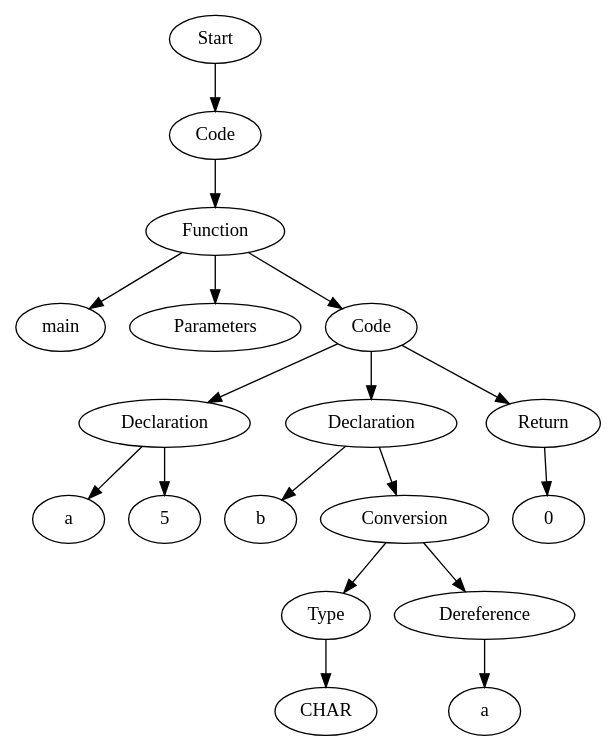
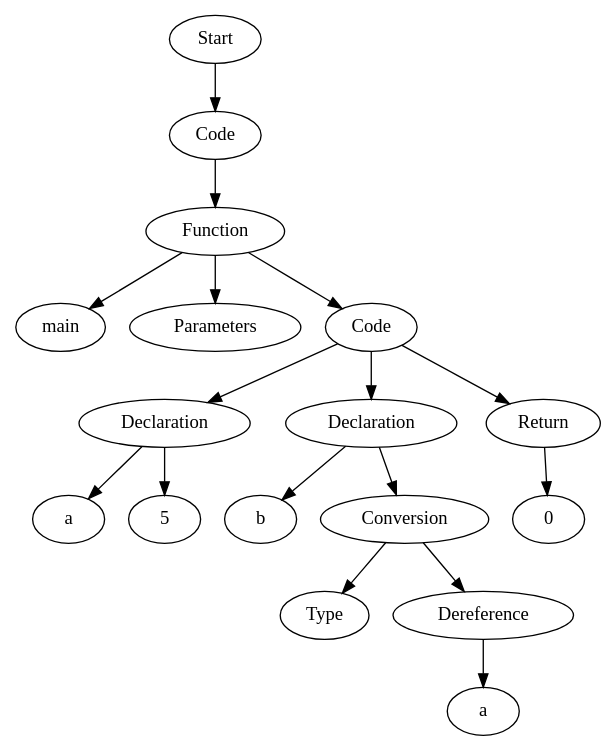
One commit to Are-you-listening/Compilers changed the diagram in TestCases/ASTTests/ConversionTests/createTests/read_file_after.dot. Above: the diagram before and after it, drawn with Graphviz. The commit also changed 165 other files, not shown here.

```diff
--- a/TestCases/ASTTests/ConversionTests/createTests/read_file_after.dot
+++ b/TestCases/ASTTests/ConversionTests/createTests/read_file_after.dot
@@ -1,37 +1,35 @@
 digraph AST {
-  "135712714717984" [label="Start"];
-  "135712714717984" -> "135712714718128";
-  "135712714718128" [label="Code"];
-  "135712714718128" -> "135712714718320";
-  "135712714718320" [label="Function"];
-  "135712714718320" -> "135712714718512";
-  "135712714718320" -> "135712714718656";
-  "135712714718320" -> "135712714718800";
-  "135712714718512" [label="main"];
-  "135712714718656" [label="Parameters"];
-  "135712714718800" [label="Code"];
-  "135712714718800" -> "135712714718992";
-  "135712714718800" -> "135712714899712";
-  "135712714718800" -> "135712714900576";
-  "135712714718992" [label="Declaration"];
-  "135712714718992" -> "135712714719184";
-  "135712714718992" -> "135712714899616";
-  "135712714719184" [label="a"];
-  "135712714899616" [label="5"];
-  "135712714899712" [label="Declaration"];
-  "135712714899712" -> "135712714899904";
-  "135712714899712" -> "135712714900048";
-  "135712714899904" [label="b"];
-  "135712714900048" [label="Conversion"];
-  "135712714900048" -> "135712714900240";
-  "135712714900048" -> "135712714900528";
-  "135712714900240" [label="Type"];
-  "135712714900240" -> "135712714900432";
-  "135712714900432" [label="CHAR"];
-  "135712714900528" [label="Dereference"];
-  "135712714900528" -> "135712714900720";
-  "135712714900720" [label="a"];
-  "135712714900576" [label="Return"];
-  "135712714900576" -> "135712714900912";
-  "135712714900912" [label="0"];
+  "132575288327712" [label="Start"];
+  "132575288327712" -> "132575288325984";
+  "132575288325984" [label="Code"];
+  "132575288325984" -> "132575288317104";
+  "132575288317104" [label="Function"];
+  "132575288317104" -> "132575288410560";
+  "132575288317104" -> "132575288414160";
+  "132575288317104" -> "132575288414304";
+  "132575288410560" [label="main"];
+  "132575288414160" [label="Parameters"];
+  "132575288414304" [label="Code"];
+  "132575288414304" -> "132575288412720";
+  "132575288414304" -> "132575288411040";
+  "132575288414304" -> "132575288415216";
+  "132575288412720" [label="Declaration"];
+  "132575288412720" -> "132575288411088";
+  "132575288412720" -> "132575288411136";
+  "132575288411088" [label="a"];
+  "132575288411136" [label="5"];
+  "132575288411040" [label="Declaration"];
+  "132575288411040" -> "132575288414592";
+  "132575288411040" -> "132575288414736";
+  "132575288414592" [label="b"];
+  "132575288414736" [label="Conversion"];
+  "132575288414736" -> "132575288415024";
+  "132575288414736" -> "132575288415168";
+  "132575288415024" [label="Type"];
+  "132575288415168" [label="Dereference"];
+  "132575288415168" -> "132575288415360";
+  "132575288415360" [label="a"];
+  "132575288415216" [label="Return"];
+  "132575288415216" -> "132575288415552";
+  "132575288415552" [label="0"];
 }
```
